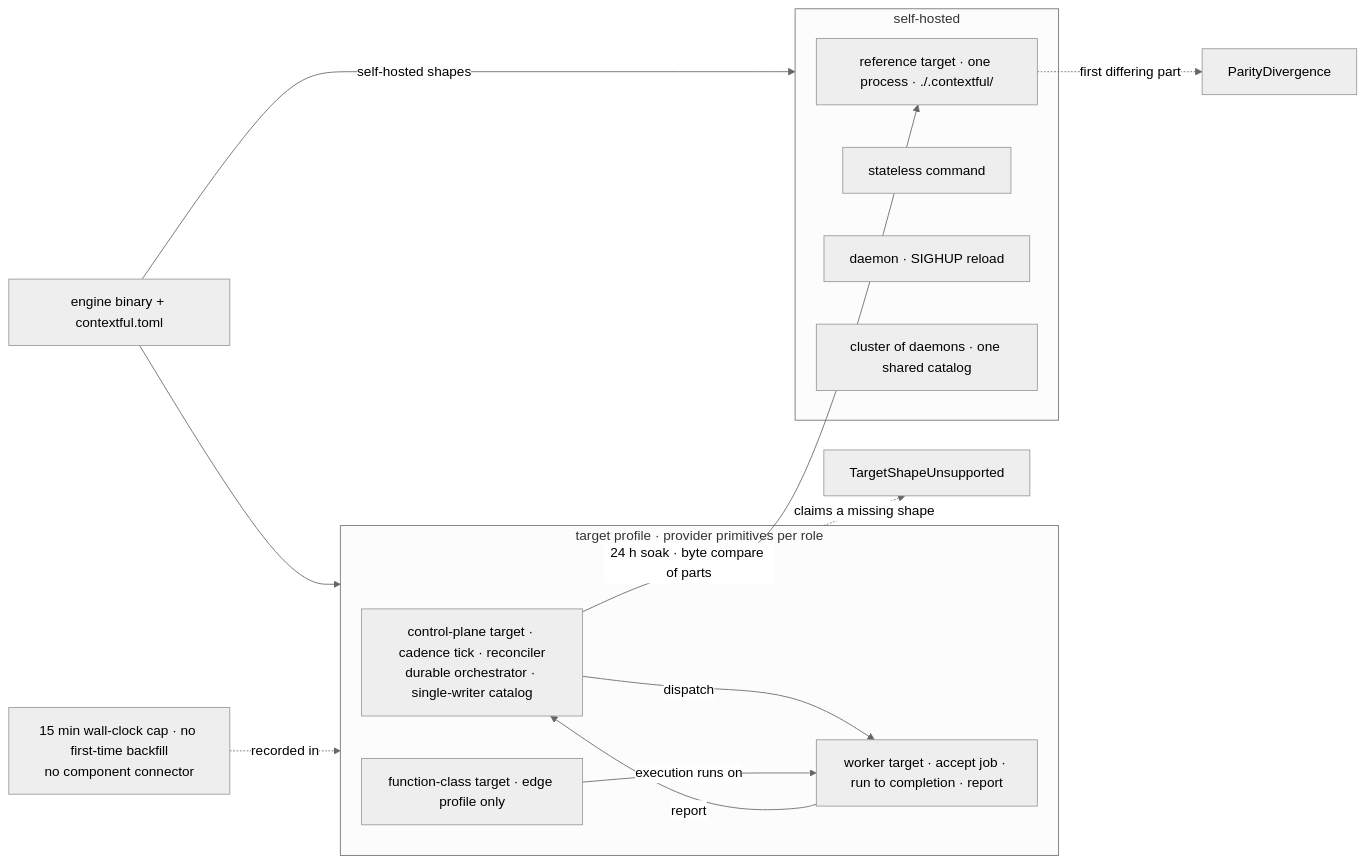
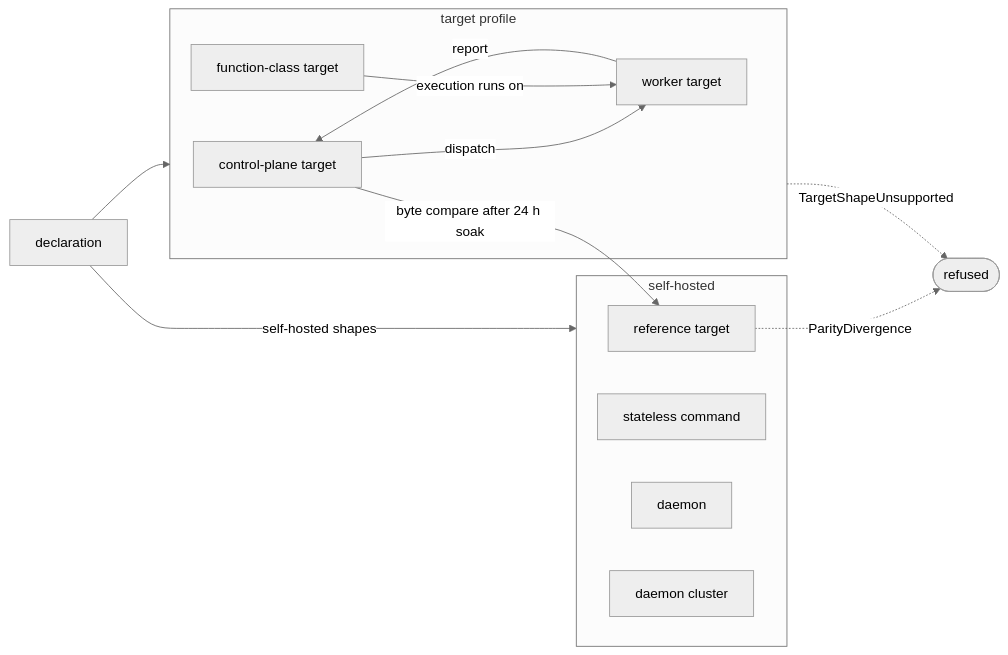
Before and after one commit to fractalboxdev/contextful: the third of 5 diagrams in spec/01-topology.md, drawn with Mermaid (neutral theme). The commit also changed other lines of this file and 24 other files, not shown here.

First line of the commit message:
spec: every flowchart draws one entity or process per node

````diff
--- a/spec/01-topology.md
+++ b/spec/01-topology.md
@@ -158,30 +160,27 @@
 ```mermaid
 flowchart LR
-  DECL["engine binary + contextful.toml"]
-  UNSUP["TargetShapeUnsupported"]
-  CAP["15 min wall-clock cap · no first-time backfill<br/>no component connector"]
-  PAR["ParityDivergence"]
+  DECL["declaration"]
+  REFUSED(["refused"])
 
-  subgraph TP["target profile · provider primitives per role"]
-    CP["control-plane target · cadence tick · reconciler<br/>durable orchestrator · single-writer catalog"]
-    WK["worker target · accept job · run to completion · report"]
-    FN["function-class target · edge profile only"]
+  subgraph TP["target profile"]
+    CP["control-plane target"]
+    WK["worker target"]
+    FN["function-class target"]
   end
 
   subgraph SELF["self-hosted"]
-    REF["reference target · one process · ./.contextful/"]
+    REF["reference target"]
     CMD["stateless command"]
-    DMN["daemon · SIGHUP reload"]
-    CLU["cluster of daemons · one shared catalog"]
+    DMN["daemon"]
+    CLU["daemon cluster"]
   end
 
   DECL --> TP
-  TP -. "claims a missing shape" .-> UNSUP
+  DECL -- "self-hosted shapes" --> SELF
   CP -- "dispatch" --> WK
   WK -- "report" --> CP
   FN -- "execution runs on" --> WK
-  CAP -. "recorded in" .-> TP
-  DECL -- "self-hosted shapes" --> SELF
-  CP -- "24 h soak · byte compare of parts" --> REF
-  REF -. "first differing part" .-> PAR
+  CP -- "byte compare after 24 h soak" --> REF
+  TP -. "TargetShapeUnsupported" .-> REFUSED
+  REF -. "ParityDivergence" .-> REFUSED
 ```
````
